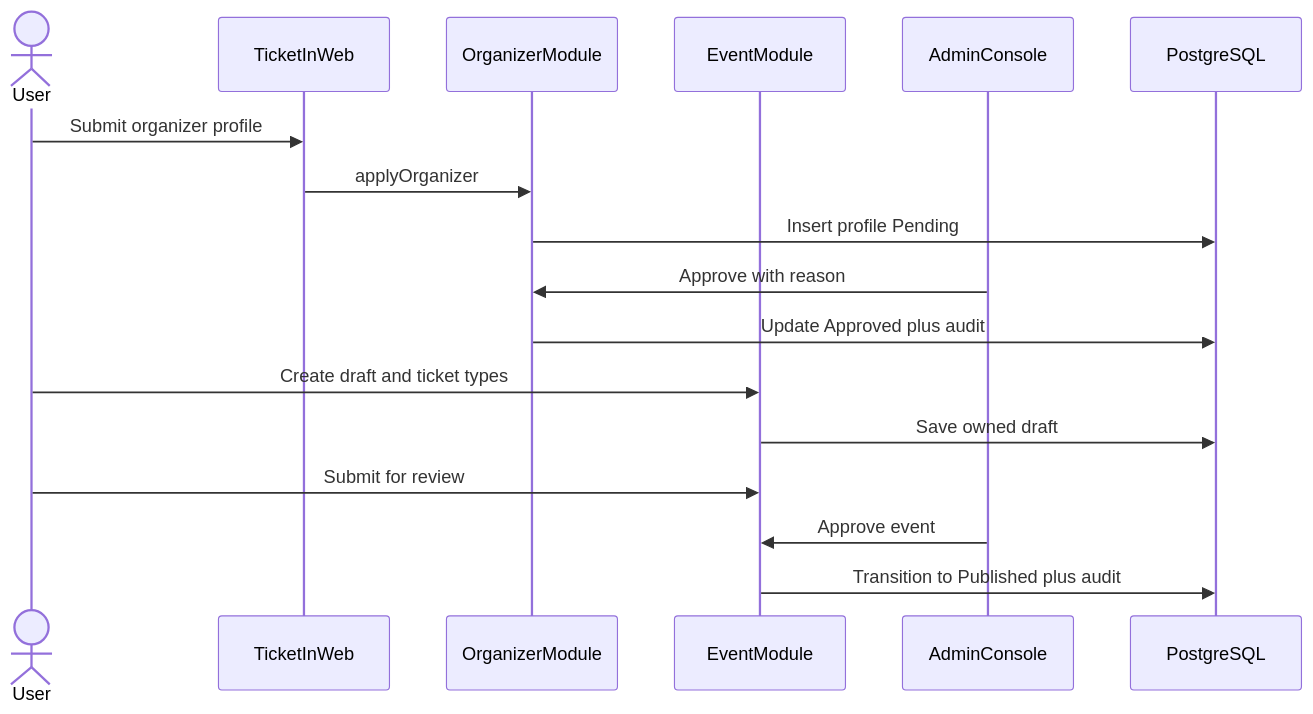
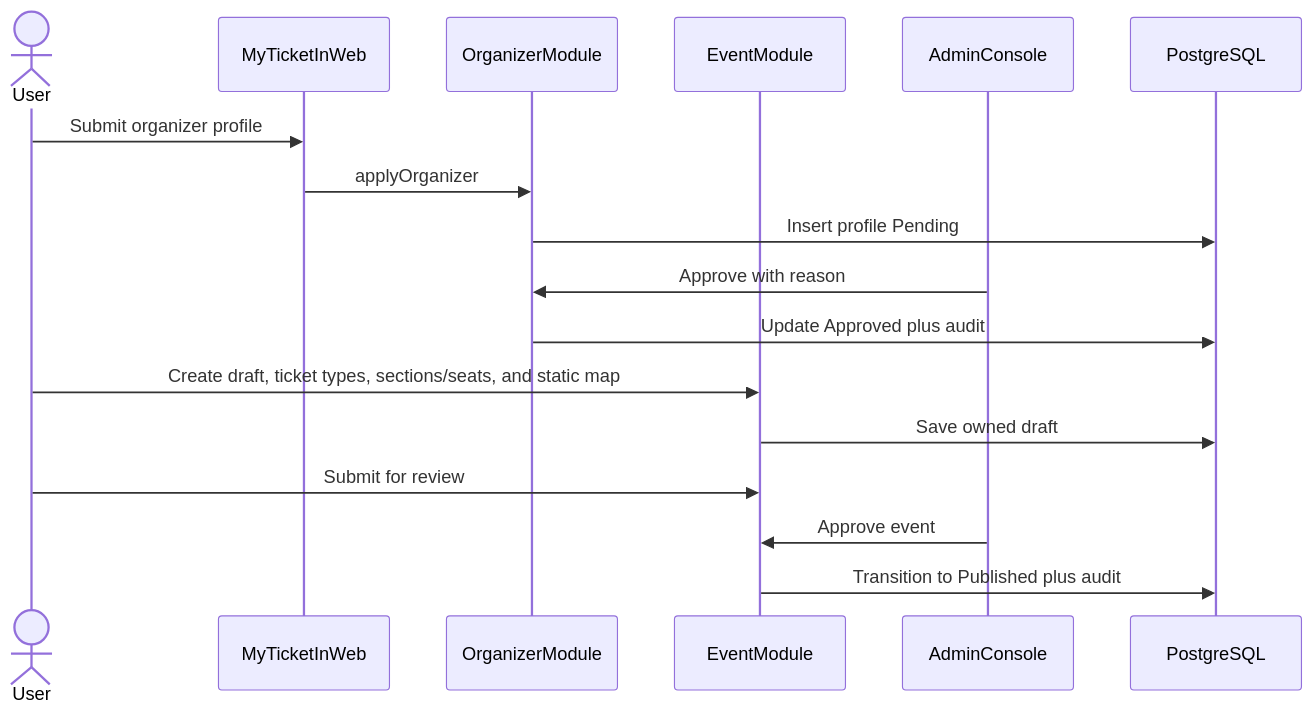
One commit to Fajrunshubhi/MyTicketIn changed the fourth of 11 diagrams in architecture.md. Above: the diagram before and after it, drawn with Mermaid. The commit also changed other lines of this file and 406 other files, not shown here.

````diff
--- a/architecture.md
+++ b/architecture.md
@@ -403,20 +444,20 @@
 ```mermaid
 sequenceDiagram
   actor User
-  participant Web as TicketInWeb
+  participant Web as MyTicketInWeb
   participant Org as OrganizerModule
   participant Event as EventModule
   participant Admin as AdminConsole
   participant DB as PostgreSQL
 
   User->>Web: Submit organizer profile
   Web->>Org: applyOrganizer
   Org->>DB: Insert profile Pending
   Admin->>Org: Approve with reason
   Org->>DB: Update Approved plus audit
-  User->>Event: Create draft and ticket types
+  User->>Event: Create draft, ticket types, sections/seats, and static map
   Event->>DB: Save owned draft
   User->>Event: Submit for review
   Admin->>Event: Approve event
   Event->>DB: Transition to Published plus audit
 ```
````
